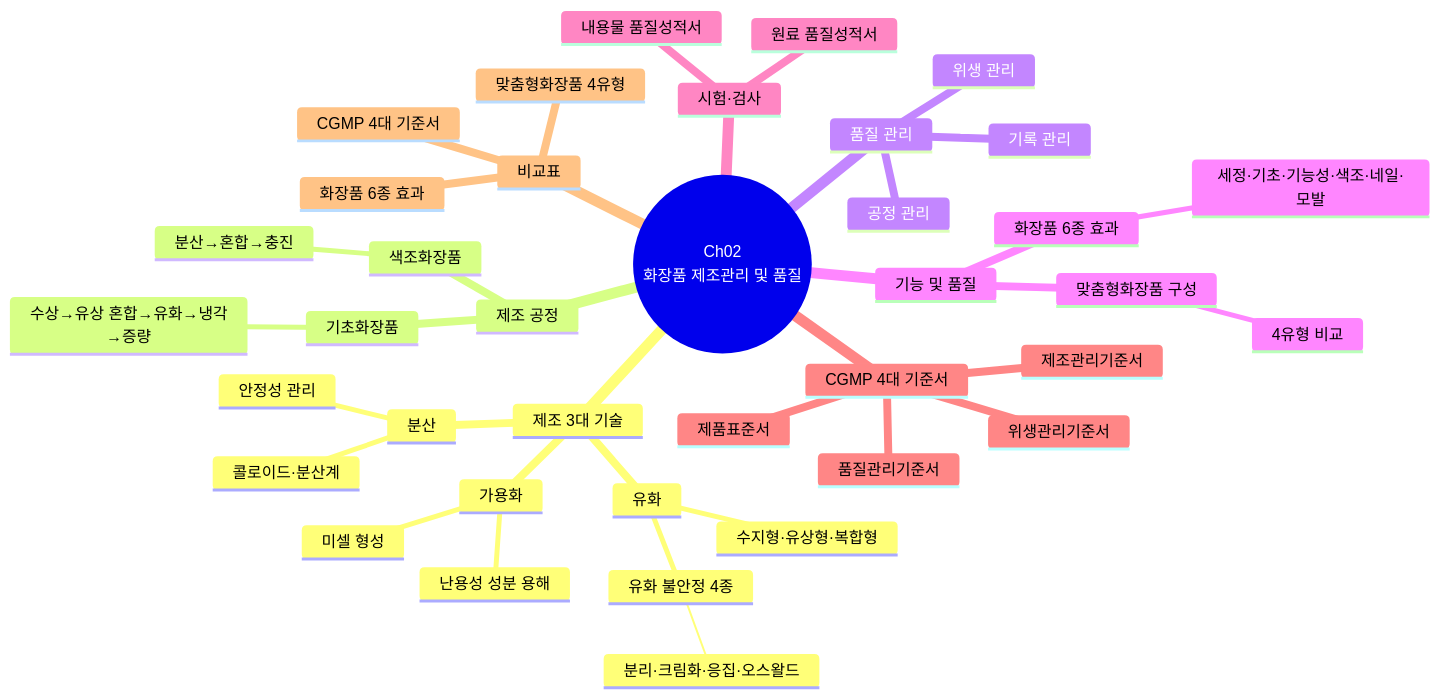
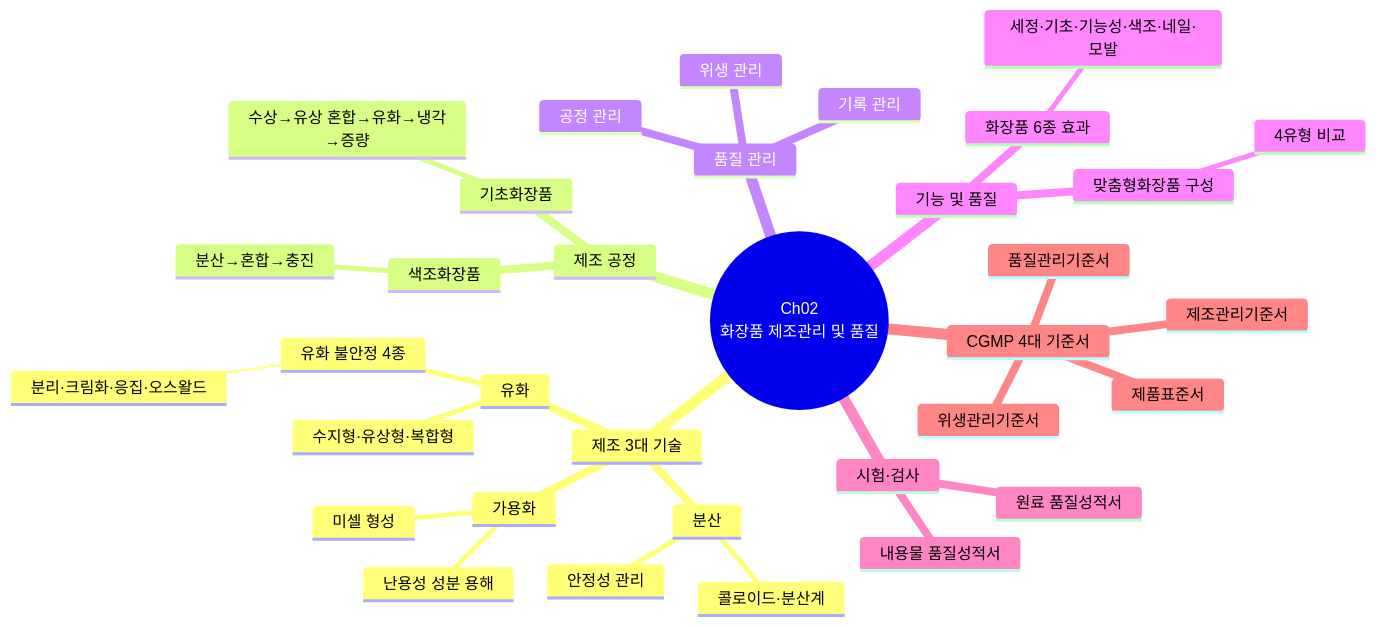
One commit to skygoldlee-cyber/Personalized_Skincare changed diagram 14 of 20 in content/교재/manufacturing/2과목_제조및품질관리_표준형.md. Above: the diagram before and after it, drawn with Mermaid. The commit also changed other lines of this file and 11 other files, not shown here.

````diff
--- a/content/교재/manufacturing/2과목_제조및품질관리_표준형.md
+++ b/content/교재/manufacturing/2과목_제조및품질관리_표준형.md
@@ -1627,41 +1623,37 @@
 ```mermaid
 mindmap
  root((Ch02<br/>화장품 제조관리 및 품질))
   제조 3대 기술
    유화
     수지형·유상형·복합형
     유화 불안정 4종
      분리·크림화·응집·오스왈드
    가용화
     미셀 형성
     난용성 성분 용해
    분산
     콜로이드·분산계
     안정성 관리
   제조 공정
    기초화장품
     수상→유상 혼합→유화→냉각→증량
    색조화장품
     분산→혼합→충진
   품질 관리
    공정 관리
    위생 관리
    기록 관리
   기능 및 품질
    화장품 6종 효과
     세정·기초·기능성·색조·네일·모발
    맞춤형화장품 구성
     4유형 비교
   시험·검사
    내용물 품질성적서
    원료 품질성적서
   CGMP 4대 기준서
    제품표준서
    제조관리기준서
    품질관리기준서
    위생관리기준서
-  비교표
-   화장품 6종 효과
-   맞춤형화장품 4유형
-   CGMP 4대 기준서
 ```
````
